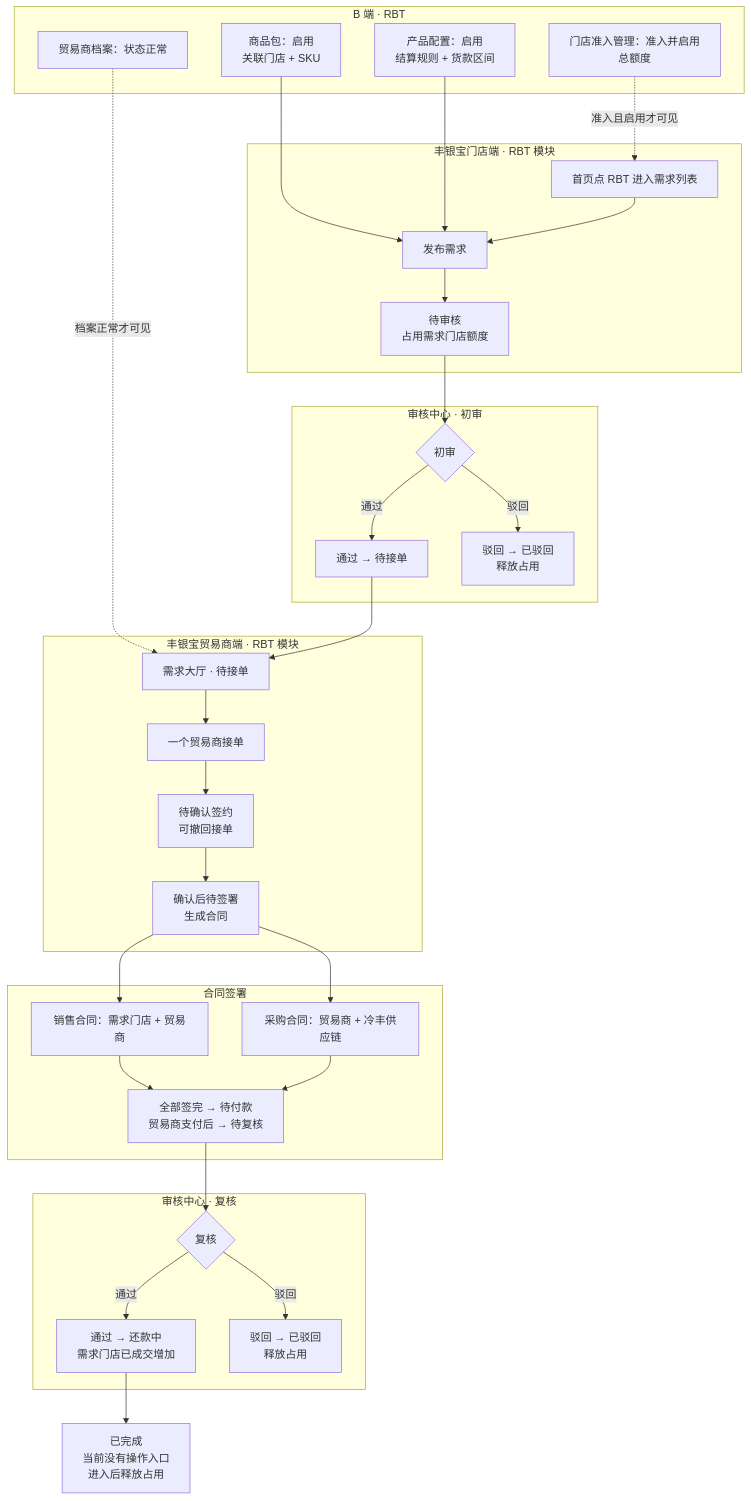
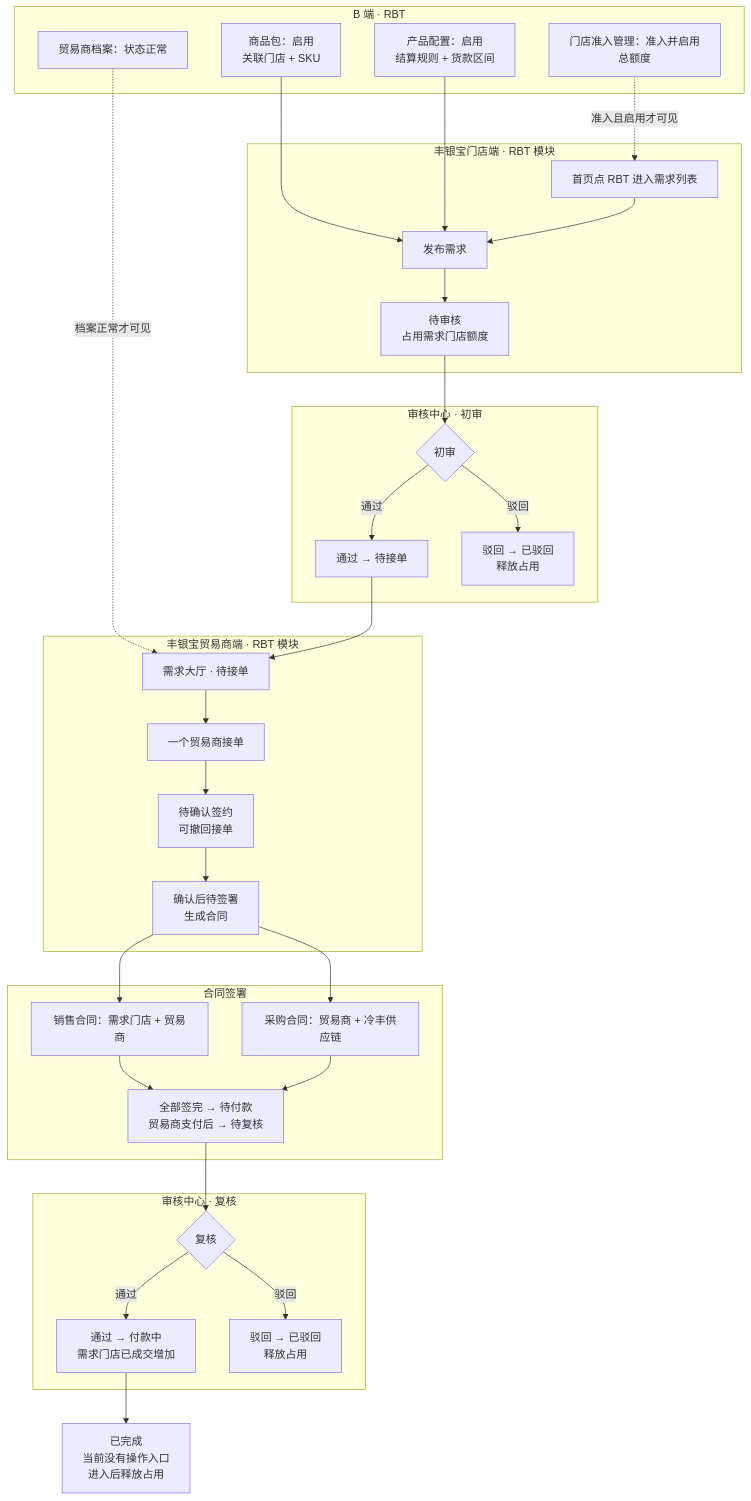
One commit to 342-droid/LFerp changed the first of 7 diagrams in RBT/docs/1-整体业务流程图.md. Above: the diagram before and after it, drawn with Mermaid. The commit also changed other lines of this file and 51 other files, not shown here.

````diff
--- a/RBT/docs/1-整体业务流程图.md
+++ b/RBT/docs/1-整体业务流程图.md
@@ -11,56 +11,56 @@
 ```mermaid
 flowchart TB
   subgraph B["B 端 · RBT"]
     A1[门店准入管理：准入并启用<br/>总额度]
     A2[商品包：启用<br/>关联门店 + SKU]
     A3[产品配置：启用<br/>结算规则 + 货款区间]
     A4[贸易商档案：状态正常]
   end
 
   subgraph STORE["丰银宝门店端 · RBT 模块"]
     B1[首页点 RBT 进入需求列表]
     B2[发布需求]
     B3[待审核<br/>占用需求门店额度]
   end
 
   subgraph AUD1["审核中心 · 初审"]
     C1{初审}
     C2[通过 → 待接单]
     C3[驳回 → 已驳回<br/>释放占用]
   end
 
   subgraph TRADER["丰银宝贸易商端 · RBT 模块"]
     D1[需求大厅 · 待接单]
     D2[一个贸易商接单]
     D2b[待确认签约<br/>可撤回接单]
     D3[确认后待签署<br/>生成合同]
   end
 
   subgraph SIGN["合同签署"]
     E2[销售合同：需求门店 + 贸易商]
     E3[采购合同：贸易商 + 冷丰供应链]
     E4[全部签完 → 待付款<br/>贸易商支付后 → 待复核]
   end
 
   subgraph AUD2["审核中心 · 复核"]
     F1{复核}
-    F2[通过 → 还款中<br/>需求门店已成交增加]
+    F2[通过 → 付款中<br/>需求门店已成交增加]
     F3[驳回 → 已驳回<br/>释放占用]
   end
 
   A1 -.->|准入且启用才可见| B1
   A4 -.->|档案正常才可见| D1
   A2 --> B2
   A3 --> B2
   B1 --> B2 --> B3 --> C1
   C1 -->|通过| C2 --> D1 --> D2 --> D2b --> D3
   C1 -->|驳回| C3
   D3 --> E2
   D3 --> E3
   E2 --> E4
   E3 --> E4
   E4 --> F1
   F1 -->|通过| F2
   F1 -->|驳回| F3
   F2 --> G1[已完成<br/>当前没有操作入口<br/>进入后释放占用]
 ```
````
